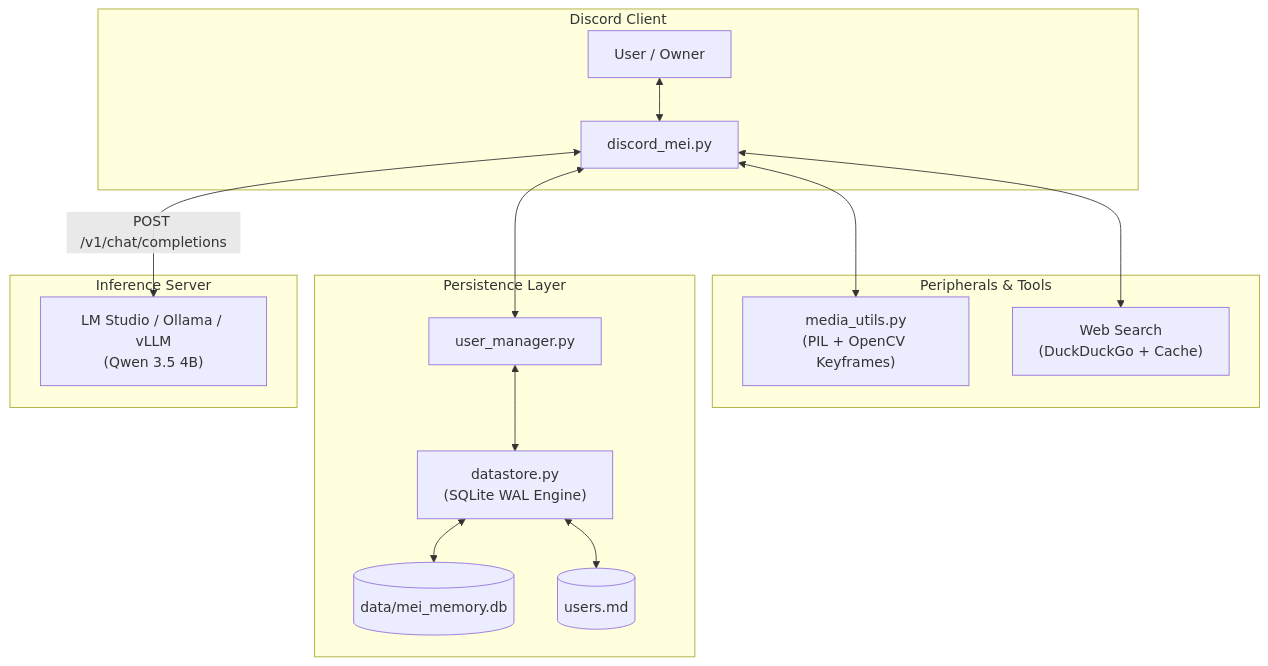
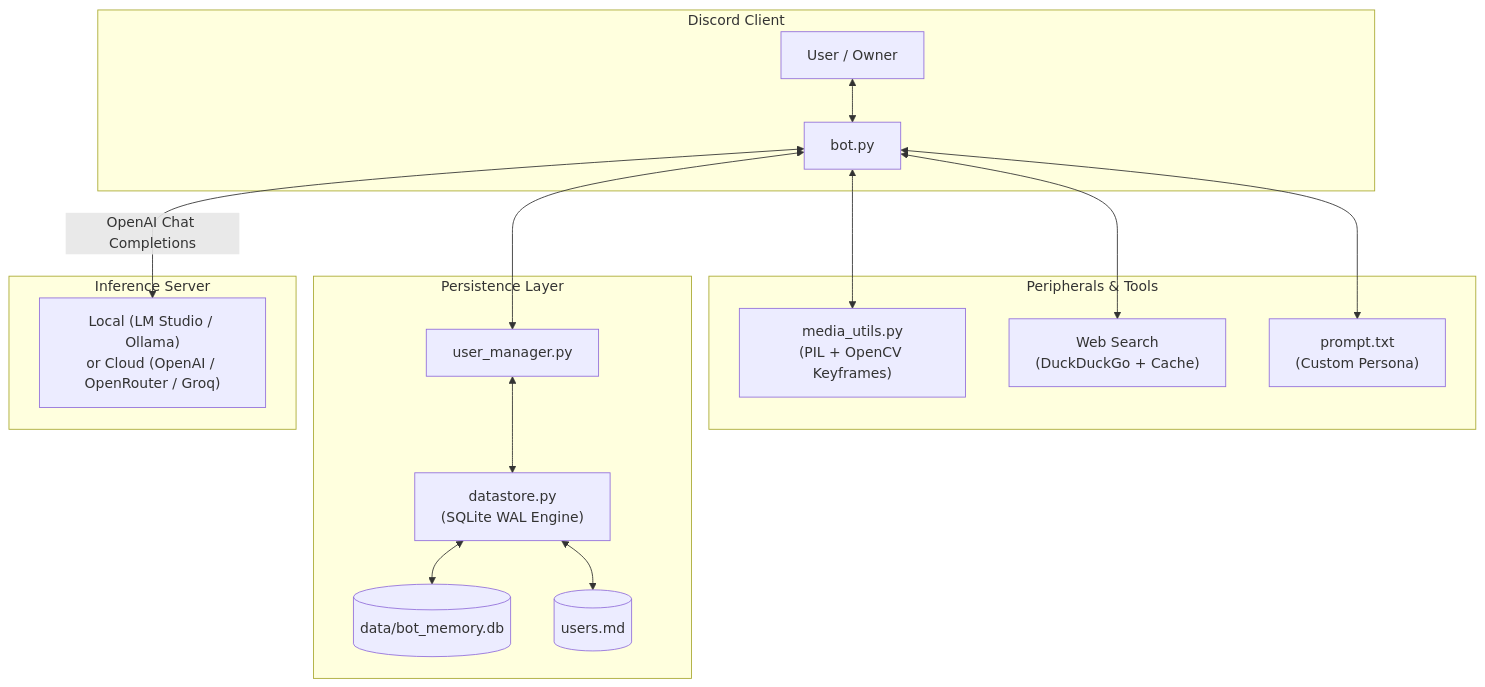
Before and after one commit to ItsDTYT/Disco-AI: the diagram in README.md, drawn with Mermaid. The commit also changed other lines of this file and 19 other files, not shown here.

Commit message:
feat: revamp into Disco-AI Discord bot template; add customizable prompts and multi-backend support

````diff
--- a/README.md
+++ b/README.md
@@ -43,22 +91,23 @@
 ```mermaid
 flowchart TD
     subgraph Discord["Discord Client"]
-        User["User / Owner"] <--> Bot["discord_mei.py"]
+        User["User / Owner"] <--> Bot["bot.py"]
     end
 
     subgraph Peripherals["Peripherals & Tools"]
         Bot <--> Media["media_utils.py<br/>(PIL + OpenCV Keyframes)"]
         Bot <--> Search["Web Search<br/>(DuckDuckGo + Cache)"]
+        Bot <--> Prompt["prompt.txt<br/>(Custom Persona)"]
     end
 
     subgraph Storage["Persistence Layer"]
         Bot <--> UserMgr["user_manager.py"]
         UserMgr <--> DataStore["datastore.py<br/>(SQLite WAL Engine)"]
-        DataStore <--> DB[("data/mei_memory.db")]
+        DataStore <--> DB[("data/bot_memory.db")]
         DataStore <--> Dossier[("users.md")]
     end
 
     subgraph Backend["Inference Server"]
-        Bot <-->|POST /v1/chat/completions| Engine["LM Studio / Ollama / vLLM<br/>(Qwen 3.5 4B)"]
+        Bot <-->|OpenAI Chat Completions| Engine["Local (LM Studio / Ollama)<br/>or Cloud (OpenAI / OpenRouter / Groq)"]
     end
 ```
````
